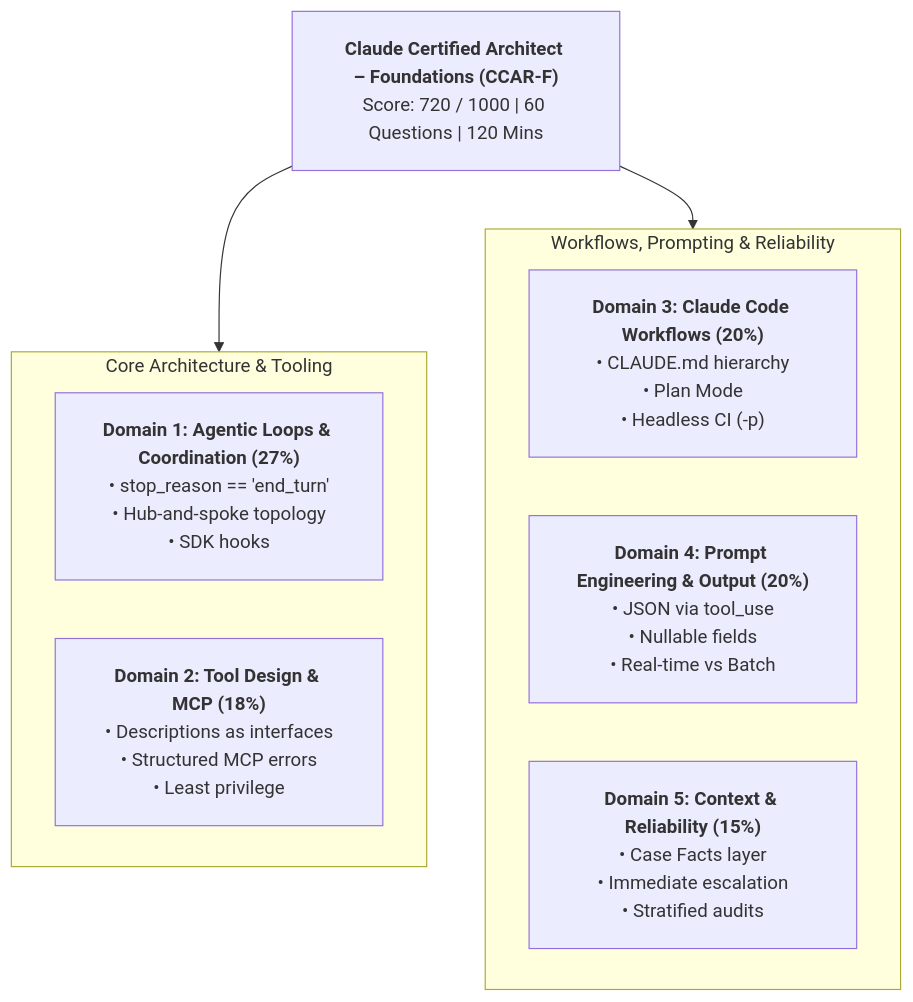
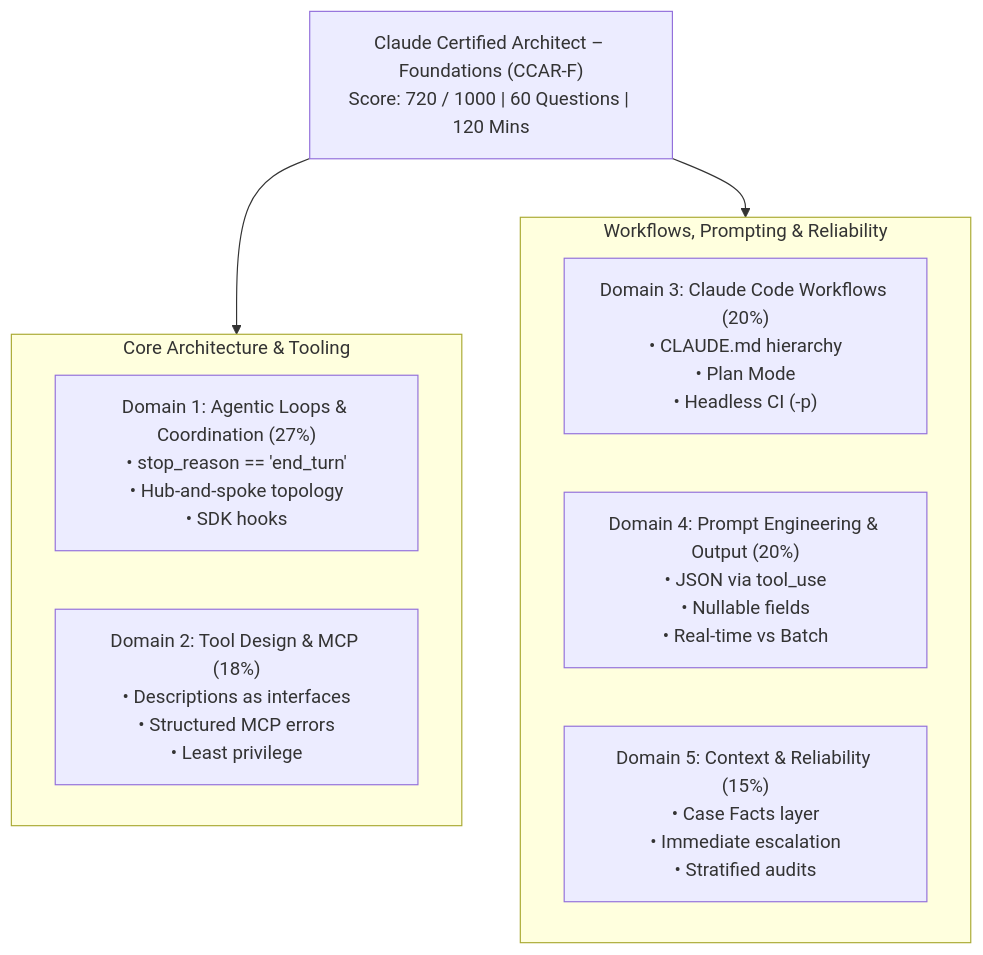
One commit to dip4k/claude_cert_architect_foundation_prep changed the diagram in README.md. Above: the diagram before and after it, drawn with Mermaid. The commit also changed other lines of this file and 31 other files, not shown here.

First line of the commit message:
docs(diagrams): fix GitHub Mermaid rendering cut-off, wrappingWidth, and entity escapes across all 32 docs

````diff
--- a/README.md
+++ b/README.md
@@ -50,19 +54,19 @@
 ```mermaid
-%%{init: {"flowchart": {"htmlLabels": true, "padding": 20}}}%%
+%%{init: {"flowchart": {"htmlLabels": true, "wrappingWidth": 250}}}%%
 flowchart TD
-    CCAR["<b>Claude Certified Architect – Foundations (CCAR-F)</b><br/>Score: 720 / 1000 | 60 Questions | 120 Mins"]
+    CCAR["Claude Certified Architect – Foundations (CCAR-F)<br/>Score: 720 / 1000 | 60 Questions | 120 Mins"]
     
     subgraph Core["Core Architecture & Tooling"]
-        D1["<b>Domain 1: Agentic Loops & Coordination (27%)</b><br/>• stop_reason == 'end_turn'<br/>• Hub-and-spoke topology<br/>• SDK hooks"]
-        D2["<b>Domain 2: Tool Design & MCP (18%)</b><br/>• Descriptions as interfaces<br/>• Structured MCP errors<br/>• Least privilege"]
+        D1["Domain 1: Agentic Loops & Coordination (27%)<br/>• stop_reason == 'end_turn'<br/>• Hub-and-spoke topology<br/>• SDK hooks"]
+        D2["Domain 2: Tool Design & MCP (18%)<br/>• Descriptions as interfaces<br/>• Structured MCP errors<br/>• Least privilege"]
     end
     
     subgraph Workflows["Workflows, Prompting & Reliability"]
-        D3["<b>Domain 3: Claude Code Workflows (20%)</b><br/>• CLAUDE.md hierarchy<br/>• Plan Mode<br/>• Headless CI (-p)"]
-        D4["<b>Domain 4: Prompt Engineering & Output (20%)</b><br/>• JSON via tool_use<br/>• Nullable fields<br/>• Real-time vs Batch"]
-        D5["<b>Domain 5: Context & Reliability (15%)</b><br/>• Case Facts layer<br/>• Immediate escalation<br/>• Stratified audits"]
+        D3["Domain 3: Claude Code Workflows (20%)<br/>• CLAUDE.md hierarchy<br/>• Plan Mode<br/>• Headless CI (-p)"]
+        D4["Domain 4: Prompt Engineering & Output (20%)<br/>• JSON via tool_use<br/>• Nullable fields<br/>• Real-time vs Batch"]
+        D5["Domain 5: Context & Reliability (15%)<br/>• Case Facts layer<br/>• Immediate escalation<br/>• Stratified audits"]
     end
 
     CCAR --> Core
     CCAR --> Workflows
 ```
````
